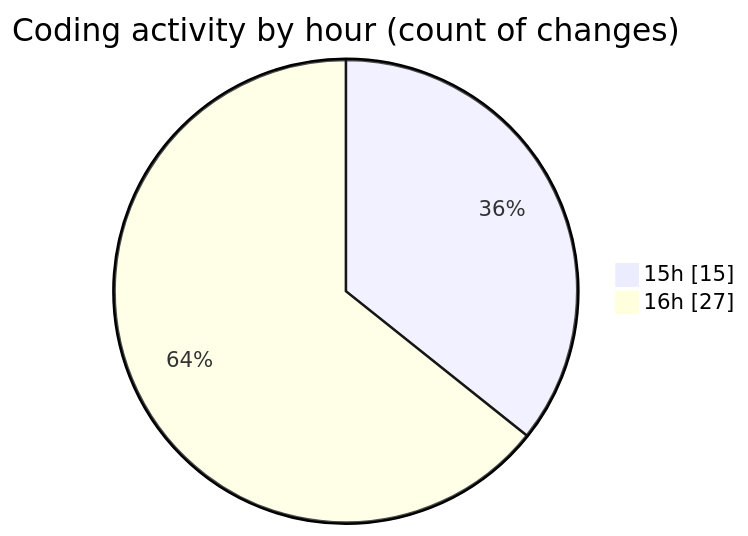
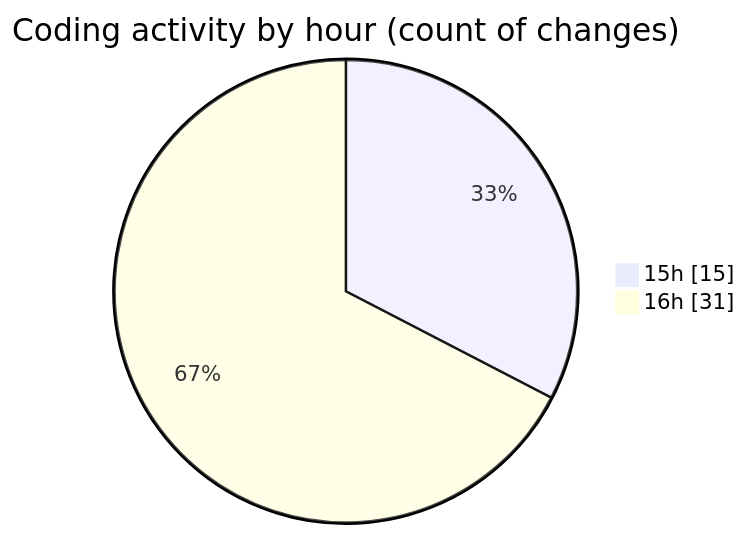
Before and after one commit to donsfak/code-tracking: the second of 2 diagrams in 2025-02-25/trackers_app/README.md, drawn with Mermaid. The commit also changed other lines of this file and 1 other file, not shown here.

````diff
--- a/2025-02-25/trackers_app/README.md
+++ b/2025-02-25/trackers_app/README.md
@@ -34,6 +34,6 @@
 ```mermaid
 pie showData
 title Coding activity by hour (count of changes)
 "15h" : 15
-"16h" : 27
+"16h" : 31
 ```
````
